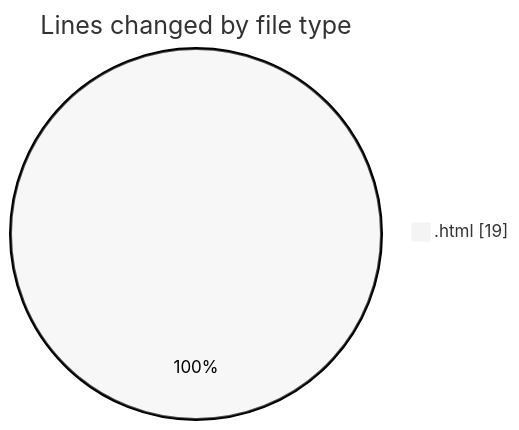
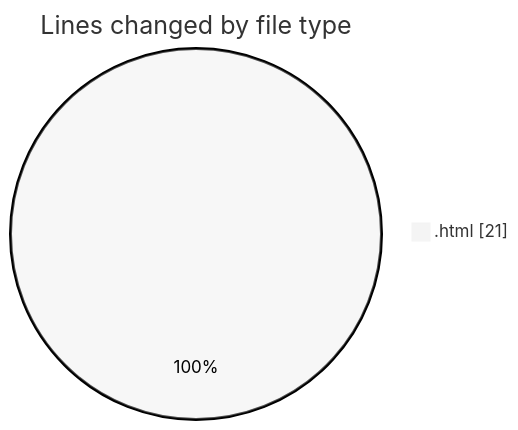
The first of 2 diagrams in 2025-04-25/enre_-_calculadora_de_consumo_v_2022_files/README.md (LanceThiago/code-tracking), drawn with Mermaid (neutral theme) before and after one commit. The commit also changed other lines of this file and 1 other file, not shown here.

````diff
--- a/2025-04-25/enre_-_calculadora_de_consumo_v_2022_files/README.md
+++ b/2025-04-25/enre_-_calculadora_de_consumo_v_2022_files/README.md
@@ -20,5 +20,5 @@
 ```mermaid
 pie showData
 title Lines changed by file type
-".html" : 19
+".html" : 21
 ```
````
